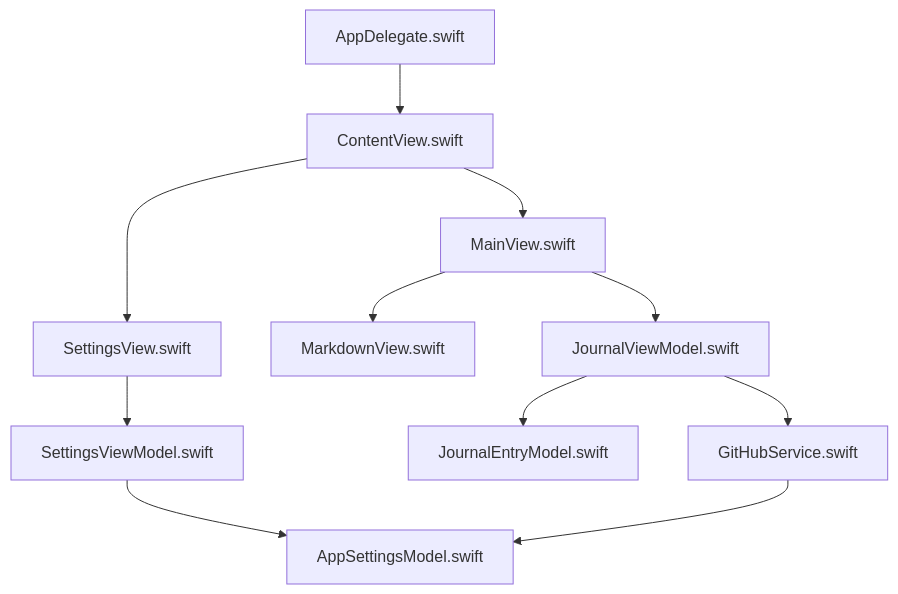
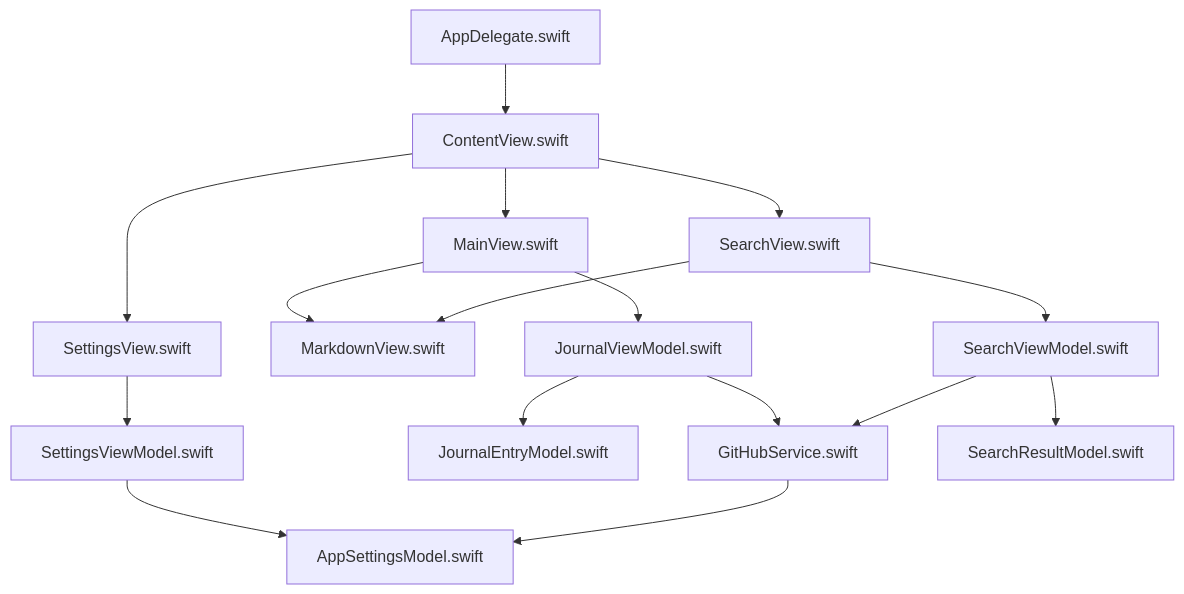
Before and after one commit to ssig33/my-own-journal: the diagram in docs/architecture.md, drawn with Mermaid. The commit also changed other lines of this file and 7 other files, not shown here.

````diff
--- a/docs/architecture.md
+++ b/docs/architecture.md
@@ -11,13 +11,18 @@
 ```mermaid
 graph TD
     A[AppDelegate.swift] --> B[ContentView.swift]
     B --> C[MainView.swift]
     B --> D[SettingsView.swift]
+    B --> K[SearchView.swift]
     C --> E[MarkdownView.swift]
     C --> F[JournalViewModel.swift]
     D --> G[SettingsViewModel.swift]
+    K --> E
+    K --> L[SearchViewModel.swift]
     F --> H[JournalEntryModel.swift]
     F --> I[GitHubService.swift]
     G --> J[AppSettingsModel.swift]
+    L --> M[SearchResultModel.swift]
+    L --> I
     I --> J
 ```
````
